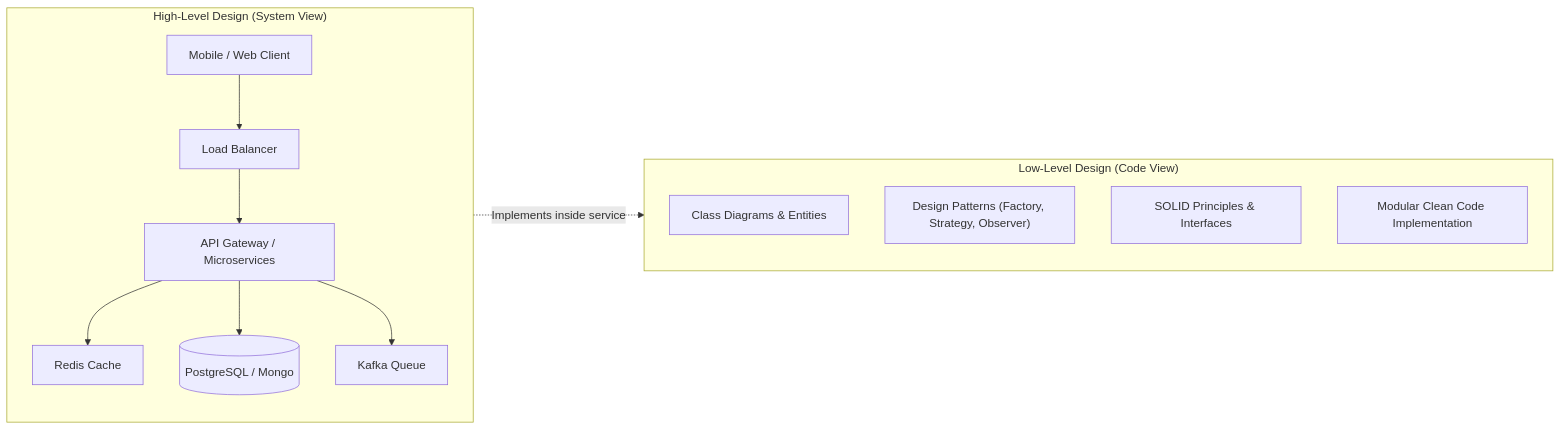
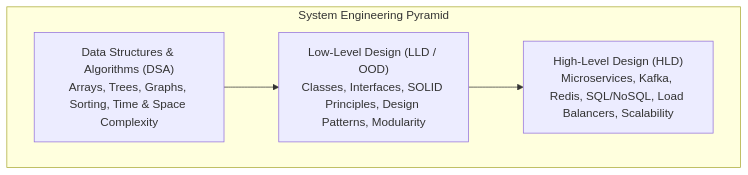
Before and after one commit to rohithgowda18/Notes: the first of 4 diagrams in 04-OOPs-and-Design-Patterns/01-Core-OOPs-and-UML/01-Introduction-To-System-Design.md, drawn with Mermaid. The commit also changed other lines of this file and 17 other files, not shown here.

Commit message:
docs(lld): enrich notes with deep architectural analysis, diagrams, anti-patterns & code

````diff
--- a/04-OOPs-and-Design-Patterns/01-Core-OOPs-and-UML/01-Introduction-To-System-Design.md
+++ b/04-OOPs-and-Design-Patterns/01-Core-OOPs-and-UML/01-Introduction-To-System-Design.md
@@ -43,20 +22,10 @@
 ```mermaid
-flowchart LR
-    subgraph HLD["High-Level Design (System View)"]
-        Client["Mobile / Web Client"] --> LB["Load Balancer"]
-        LB --> API["API Gateway / Microservices"]
-        API --> Cache["Redis Cache"]
-        API --> DB[("PostgreSQL / Mongo")]
-        API --> Queue["Kafka Queue"]
+graph TD
+    subgraph "System Engineering Pyramid"
+        HLD["High-Level Design (HLD)<br/>Microservices, Kafka, Redis, SQL/NoSQL, Load Balancers, Scalability"]
+        LLD["Low-Level Design (LLD / OOD)<br/>Classes, Interfaces, SOLID Principles, Design Patterns, Modularity"]
+        DSA["Data Structures & Algorithms (DSA)<br/>Arrays, Trees, Graphs, Sorting, Time & Space Complexity"]
     end
-
-    subgraph LLD["Low-Level Design (Code View)"]
-        direction TB
-        ClassDiagram["Class Diagrams & Entities"]
-        Patterns["Design Patterns (Factory, Strategy, Observer)"]
-        SOLID["SOLID Principles & Interfaces"]
-        Code["Modular Clean Code Implementation"]
-    end
-
-    HLD -.->|"Implements inside service"| LLD
+    DSA --> LLD
+    LLD --> HLD
 ```
````
